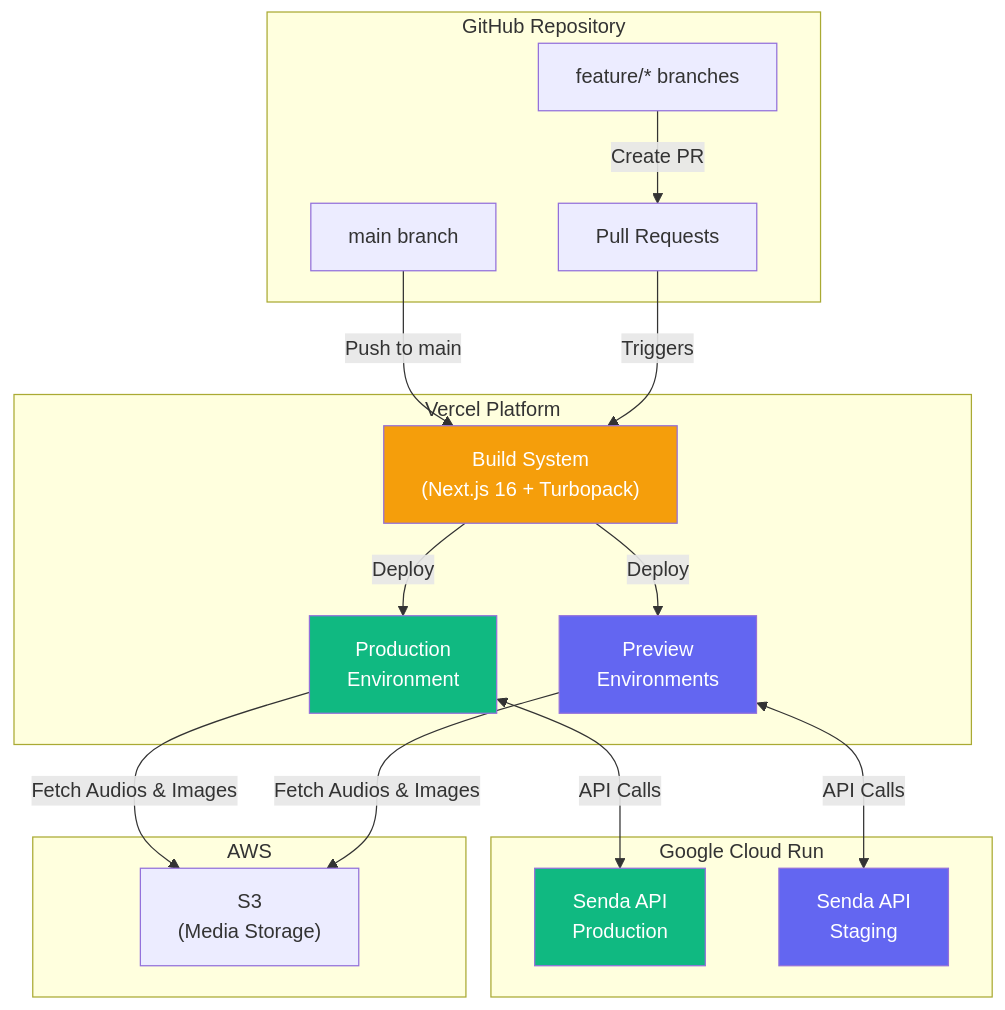
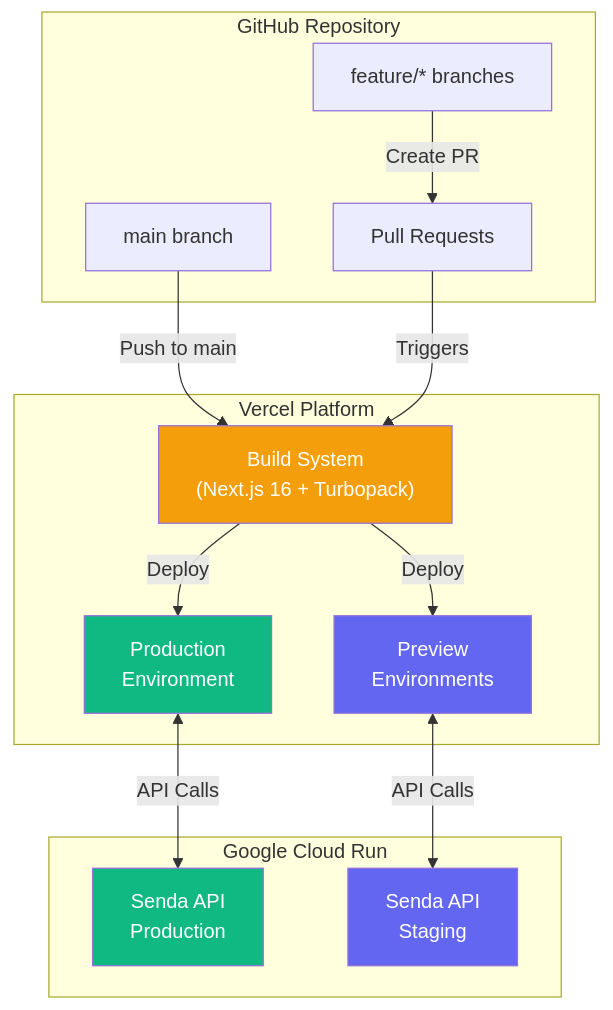
One commit to fariassdev/senda-cms changed the first of 7 diagrams in docs/deployment.md. Above: the diagram before and after it, drawn with Mermaid. The commit also changed other lines of this file, not shown here.

Commit message:
docs: enhance deployment docs

````diff
--- a/docs/deployment.md
+++ b/docs/deployment.md
@@ -9,41 +9,35 @@
 ```mermaid
 flowchart TB
     subgraph GitHub["GitHub Repository"]
         main["main branch"]
         feature["feature/* branches"]
         pr["Pull Requests"]
     end
 
     subgraph Vercel["Vercel Platform"]
         build["Build System<br/>(Next.js 16 + Turbopack)"]
         prod["Production<br/>Environment"]
         preview["Preview<br/>Environments"]
     end
 
     subgraph CloudRun["Google Cloud Run"]
         api_prod["Senda API<br/>Production"]
         api_staging["Senda API<br/>Staging"]
     end
 
-    subgraph Storage["AWS"]
-        s3["S3<br/>(Media Storage)"]
-    end
-
     main -->|"Push to main"| build
     feature -->|"Create PR"| pr
     pr -->|"Triggers"| build
 
     build -->|"Deploy"| prod
     build -->|"Deploy"| preview
 
     prod <-->|"API Calls"| api_prod
     preview <-->|"API Calls"| api_staging
-    prod -->|"Fetch Audios & Images"| s3
-    preview -->|"Fetch Audios & Images"| s3
 
     style prod fill:#10b981,color:#fff
     style preview fill:#6366f1,color:#fff
     style build fill:#f59e0b,color:#fff
     style api_prod fill:#10b981,color:#fff
     style api_staging fill:#6366f1,color:#fff
 ```
````
